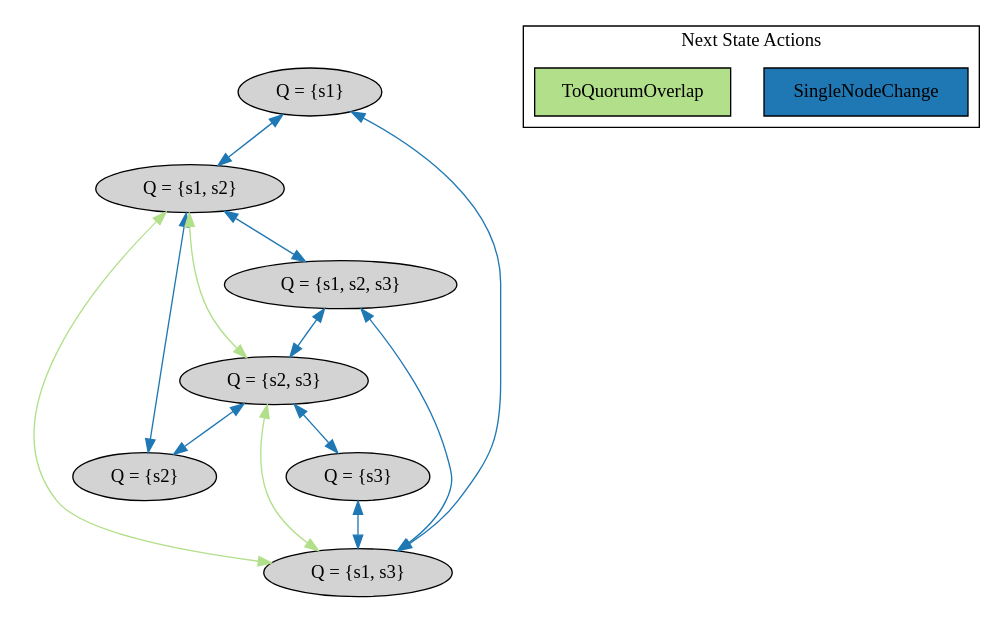
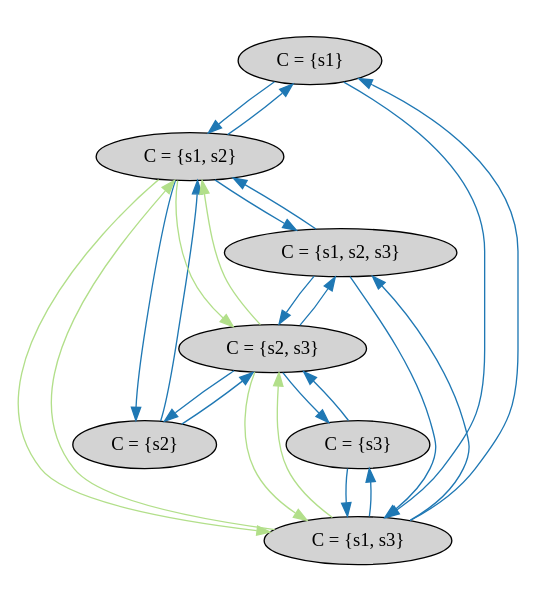
The diagram in notes/raft_reconfig_bug/quorums_n3.dot (will62794/logless-reconfig), drawn with Graphviz before and after one commit. The commit also changed 13 other files, not shown here.

```diff
--- a/notes/raft_reconfig_bug/quorums_n3.dot
+++ b/notes/raft_reconfig_bug/quorums_n3.dot
@@ -1,43 +1,43 @@
 strict digraph DiskGraph {
 edge [colorscheme="paired12"]
-nodesep=0.35;concentrate=true;
+nodesep=0.35;concentrate=false;
 subgraph cluster_graph {
 color="white";
--8021294612694838380 [label="Q = {s1}",style = filled]
-7689248013513876646 [label="Q = {s2}",style = filled]
--8715565032626938413 [label="Q = {s3}",style = filled]
--3671750978134116092 [label="Q = {s1, s2}",style = filled]
-2356214265313263729 [label="Q = {s1, s3}",style = filled]
--2979650619162516543 [label="Q = {s2, s3}",style = filled]
--999346464786346595 [label="Q = {s1, s2, s3}",style = filled]
--8021294612694838380 -> -3671750978134116092 [label="",color="2",fontcolor="2"];
--8021294612694838380 -> 2356214265313263729 [label="",color="2",fontcolor="2"];
-7689248013513876646 -> -3671750978134116092 [label="",color="2",fontcolor="2"];
-7689248013513876646 -> -2979650619162516543 [label="",color="2",fontcolor="2"];
--8715565032626938413 -> 2356214265313263729 [label="",color="2",fontcolor="2"];
--8715565032626938413 -> -2979650619162516543 [label="",color="2",fontcolor="2"];
--3671750978134116092 -> 7689248013513876646 [label="",color="2",fontcolor="2"];
--3671750978134116092 -> -8021294612694838380 [label="",color="2",fontcolor="2"];
--3671750978134116092 -> -999346464786346595 [label="",color="2",fontcolor="2"];
--3671750978134116092 -> 2356214265313263729 [label="",color="3",fontcolor="3"];
--3671750978134116092 -> -2979650619162516543 [label="",color="3",fontcolor="3"];
-2356214265313263729 -> -8715565032626938413 [label="",color="2",fontcolor="2"];
-2356214265313263729 -> -999346464786346595 [label="",color="2",fontcolor="2"];
-2356214265313263729 -> -8021294612694838380 [label="",color="2",fontcolor="2"];
-2356214265313263729 -> -3671750978134116092 [label="",color="3",fontcolor="3"];
-2356214265313263729 -> -2979650619162516543 [label="",color="3",fontcolor="3"];
--2979650619162516543 -> -999346464786346595 [label="",color="2",fontcolor="2"];
--2979650619162516543 -> -8715565032626938413 [label="",color="2",fontcolor="2"];
--2979650619162516543 -> 7689248013513876646 [label="",color="2",fontcolor="2"];
--2979650619162516543 -> -3671750978134116092 [label="",color="3",fontcolor="3"];
--2979650619162516543 -> 2356214265313263729 [label="",color="3",fontcolor="3"];
--999346464786346595 -> -2979650619162516543 [label="",color="2",fontcolor="2"];
--999346464786346595 -> 2356214265313263729 [label="",color="2",fontcolor="2"];
--999346464786346595 -> -3671750978134116092 [label="",color="2",fontcolor="2"];
+-1272779981742972117 [label="C = {s1}",style = filled]
+1672709541418505699 [label="C = {s2}",style = filled]
+-6490144564870010890 [label="C = {s3}",style = filled]
+-9154485508467734443 [label="C = {s1, s2}",style = filled]
+3615348705441643072 [label="C = {s1, s3}",style = filled]
+-7275064081245309035 [label="C = {s2, s3}",style = filled]
+-2053241676672690939 [label="C = {s1, s2, s3}",style = filled]
+-1272779981742972117 -> -9154485508467734443 [label="",color="2",fontcolor="2"];
+-1272779981742972117 -> 3615348705441643072 [label="",color="2",fontcolor="2"];
+1672709541418505699 -> -9154485508467734443 [label="",color="2",fontcolor="2"];
+1672709541418505699 -> -7275064081245309035 [label="",color="2",fontcolor="2"];
+-6490144564870010890 -> 3615348705441643072 [label="",color="2",fontcolor="2"];
+-6490144564870010890 -> -7275064081245309035 [label="",color="2",fontcolor="2"];
+-9154485508467734443 -> 1672709541418505699 [label="",color="2",fontcolor="2"];
+-9154485508467734443 -> -1272779981742972117 [label="",color="2",fontcolor="2"];
+-9154485508467734443 -> -2053241676672690939 [label="",color="2",fontcolor="2"];
+-9154485508467734443 -> 3615348705441643072 [label="",color="3",fontcolor="3"];
+-9154485508467734443 -> -7275064081245309035 [label="",color="3",fontcolor="3"];
+3615348705441643072 -> -6490144564870010890 [label="",color="2",fontcolor="2"];
+3615348705441643072 -> -2053241676672690939 [label="",color="2",fontcolor="2"];
+3615348705441643072 -> -1272779981742972117 [label="",color="2",fontcolor="2"];
+3615348705441643072 -> -9154485508467734443 [label="",color="3",fontcolor="3"];
+3615348705441643072 -> -7275064081245309035 [label="",color="3",fontcolor="3"];
+-7275064081245309035 -> -2053241676672690939 [label="",color="2",fontcolor="2"];
+-7275064081245309035 -> -6490144564870010890 [label="",color="2",fontcolor="2"];
+-7275064081245309035 -> 1672709541418505699 [label="",color="2",fontcolor="2"];
+-7275064081245309035 -> -9154485508467734443 [label="",color="3",fontcolor="3"];
+-7275064081245309035 -> 3615348705441643072 [label="",color="3",fontcolor="3"];
+-2053241676672690939 -> -7275064081245309035 [label="",color="2",fontcolor="2"];
+-2053241676672690939 -> 3615348705441643072 [label="",color="2",fontcolor="2"];
+-2053241676672690939 -> -9154485508467734443 [label="",color="2",fontcolor="2"];
 
 }
 subgraph cluster_legend {graph[style=bold];label = "Next State Actions" style="solid"
 node [ labeljust="l",colorscheme="paired12",style=filled,shape=record ]
-SingleNodeChange [label="SingleNodeChange",fillcolor=2]
-ToQuorumOverlap [label="ToQuorumOverlap",fillcolor=3]
+
+
 }}
```
